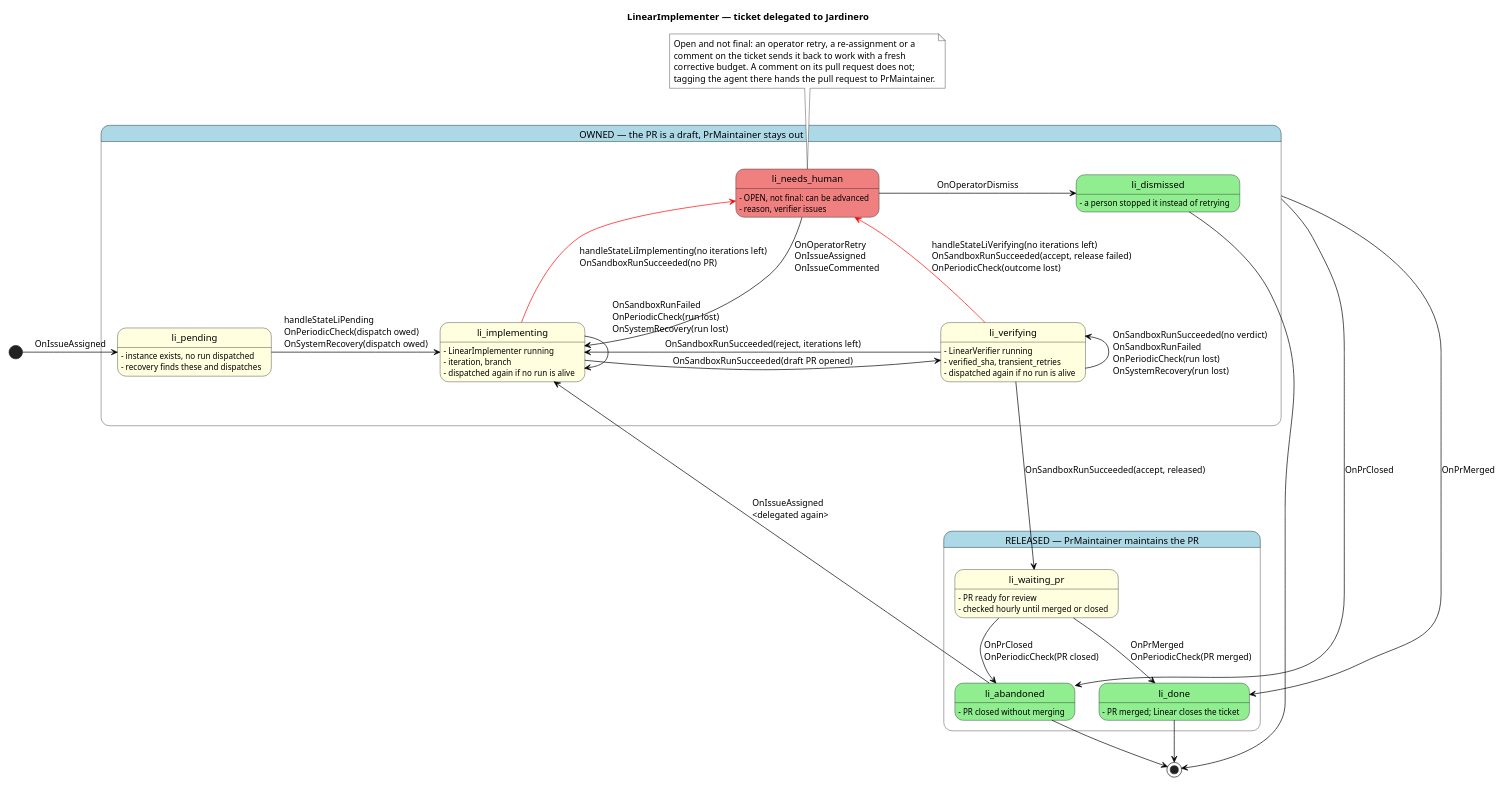
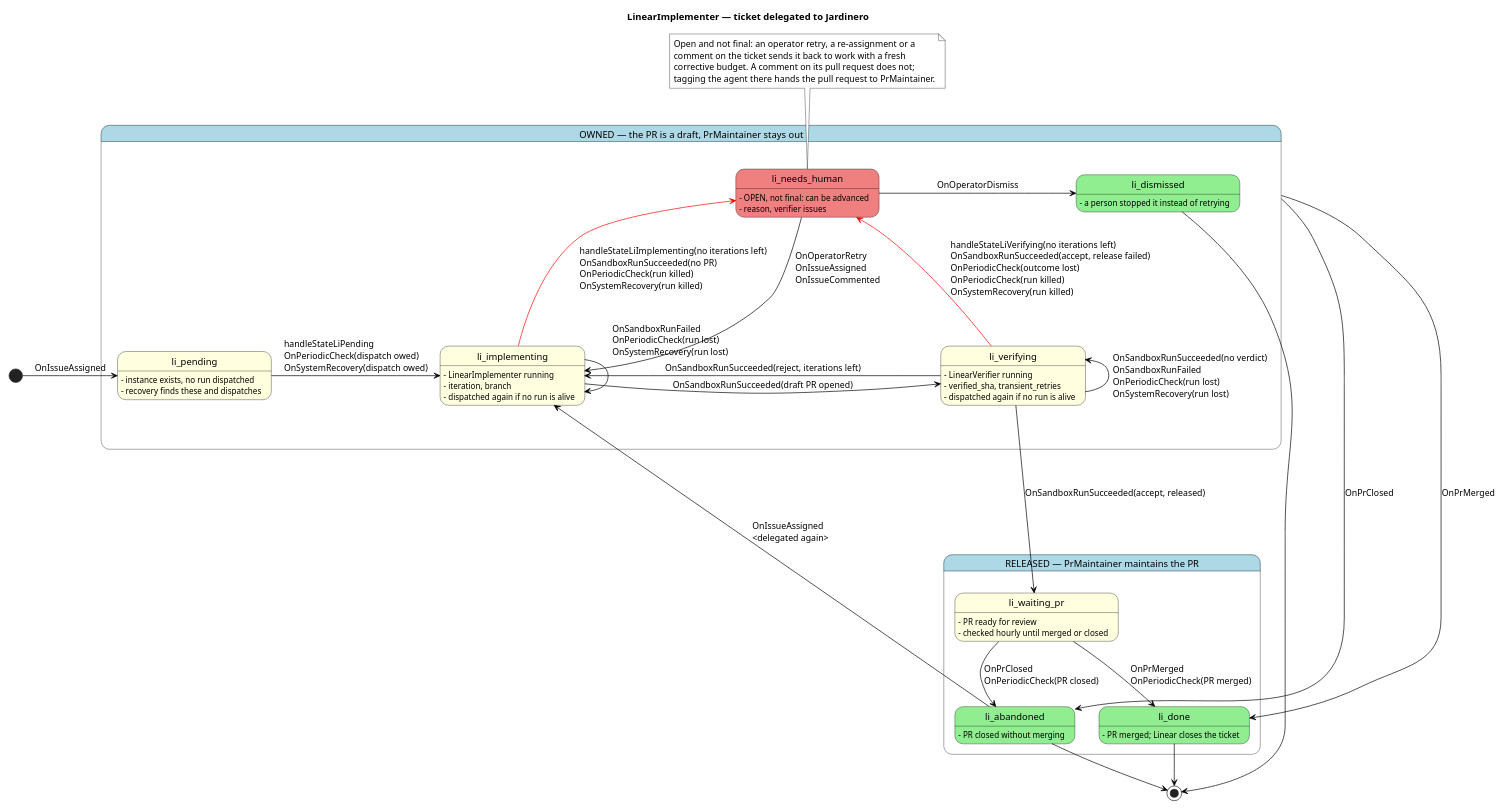
Before and after one commit to LuxorLabs/jardinero: the diagram in docs/workflow-engine/state-diagrams/02-linear-implementer.puml, drawn with PlantUML. The commit also changed 13 other files, not shown here.

First line of the commit message:
orchestrator: stop the workflow when an operator kills its sandbox run (JAR-84) (#98)

```diff
--- a/docs/workflow-engine/state-diagrams/02-linear-implementer.puml
+++ b/docs/workflow-engine/state-diagrams/02-linear-implementer.puml
@@ -1,90 +1,90 @@
 @startuml linear-implementer
 title "LinearImplementer — ticket delegated to Jardinero"
 
 scale 0.8
 skinparam defaultTextAlignment left
 skinparam ArrowColor Black
 skinparam StateBorderColor Black
 skinparam StateFontColor Black
 skinparam NoteBackgroundColor White
 skinparam NoteBorderColor Black
 skinparam state {
     BackgroundColor LightYellow
     BackgroundColor<<Package>> LightBlue
     BackgroundColor<<Final>> LightGreen
     BackgroundColor<<Error>> LightCoral
 }
 
 state "OWNED — the PR is a draft, PrMaintainer stays out" as owned <<Package>> {
 
     state "li_pending" as Pending
         Pending: - instance exists, no run dispatched
         Pending: - recovery finds these and dispatches
 
     state "li_implementing" as Implementing
         Implementing: - LinearImplementer running
         Implementing: - iteration, branch
         Implementing: - dispatched again if no run is alive
 
     state "li_verifying" as Verifying
         Verifying: - LinearVerifier running
         Verifying: - verified_sha, transient_retries
         Verifying: - dispatched again if no run is alive
 
     state "li_needs_human" as NeedsHuman <<Error>>
         NeedsHuman: - OPEN, not final: can be advanced
         NeedsHuman: - reason, verifier issues
 
     state "li_dismissed" as Dismissed <<Final>>
         Dismissed: - a person stopped it instead of retrying
 }
 
 state "RELEASED — PrMaintainer maintains the PR" as released <<Package>> {
 
     state "li_waiting_pr" as WaitingPr
         WaitingPr: - PR ready for review
         WaitingPr: - checked hourly until merged or closed
 
     state "li_done" as Done <<Final>>
         Done: - PR merged; Linear closes the ticket
 
     state "li_abandoned" as Abandoned <<Final>>
         Abandoned: - PR closed without merging
 }
 
 [*] -r-> Pending: OnIssueAssigned
 
 Pending -r-> Implementing: handleStateLiPending\nOnPeriodicCheck(dispatch owed)\nOnSystemRecovery(dispatch owed)
 Implementing --r-> Verifying: OnSandboxRunSucceeded(draft PR opened)
 
 Implementing -d-> Implementing: OnSandboxRunFailed\nOnPeriodicCheck(run lost)\nOnSystemRecovery(run lost)\n\n\n\n\n\n
-Implementing -u[#Red]-> NeedsHuman: handleStateLiImplementing(no iterations left)\nOnSandboxRunSucceeded(no PR)
+Implementing -u[#Red]-> NeedsHuman: handleStateLiImplementing(no iterations left)\nOnSandboxRunSucceeded(no PR)\nOnPeriodicCheck(run killed)\nOnSystemRecovery(run killed)
 
 NeedsHuman -d-> Implementing: OnOperatorRetry\nOnIssueAssigned\nOnIssueCommented
 NeedsHuman -r-> Dismissed: OnOperatorDismiss
 
 Verifying -l-> Implementing: OnSandboxRunSucceeded(reject, iterations left)
 Verifying -u-> Verifying: OnSandboxRunSucceeded(no verdict)\nOnSandboxRunFailed\nOnPeriodicCheck(run lost)\nOnSystemRecovery(run lost)
-Verifying -u[#Red]-> NeedsHuman: handleStateLiVerifying(no iterations left)\nOnSandboxRunSucceeded(accept, release failed)\nOnPeriodicCheck(outcome lost)
+Verifying -u[#Red]-> NeedsHuman: handleStateLiVerifying(no iterations left)\nOnSandboxRunSucceeded(accept, release failed)\nOnPeriodicCheck(outcome lost)\nOnPeriodicCheck(run killed)\nOnSystemRecovery(run killed)
 
 Verifying --d-> WaitingPr: OnSandboxRunSucceeded(accept, released)
 WaitingPr -d-> Done: OnPrMerged\nOnPeriodicCheck(PR merged)
 WaitingPr -d-> Abandoned: OnPrClosed\nOnPeriodicCheck(PR closed)
 
 owned -d-> Done: OnPrMerged
 owned -d-> Abandoned: OnPrClosed
 
 Abandoned --l-> Implementing: OnIssueAssigned\n<delegated again>
 
 Done -d-> [*]
 Abandoned -d-> [*]
 Dismissed -d-> [*]
 
 note top of NeedsHuman
   Open and not final: an operator retry, a re-assignment or a
   comment on the ticket sends it back to work with a fresh
   corrective budget. A comment on its pull request does not;
   tagging the agent there hands the pull request to PrMaintainer.
 end note
 
 @enduml
```
